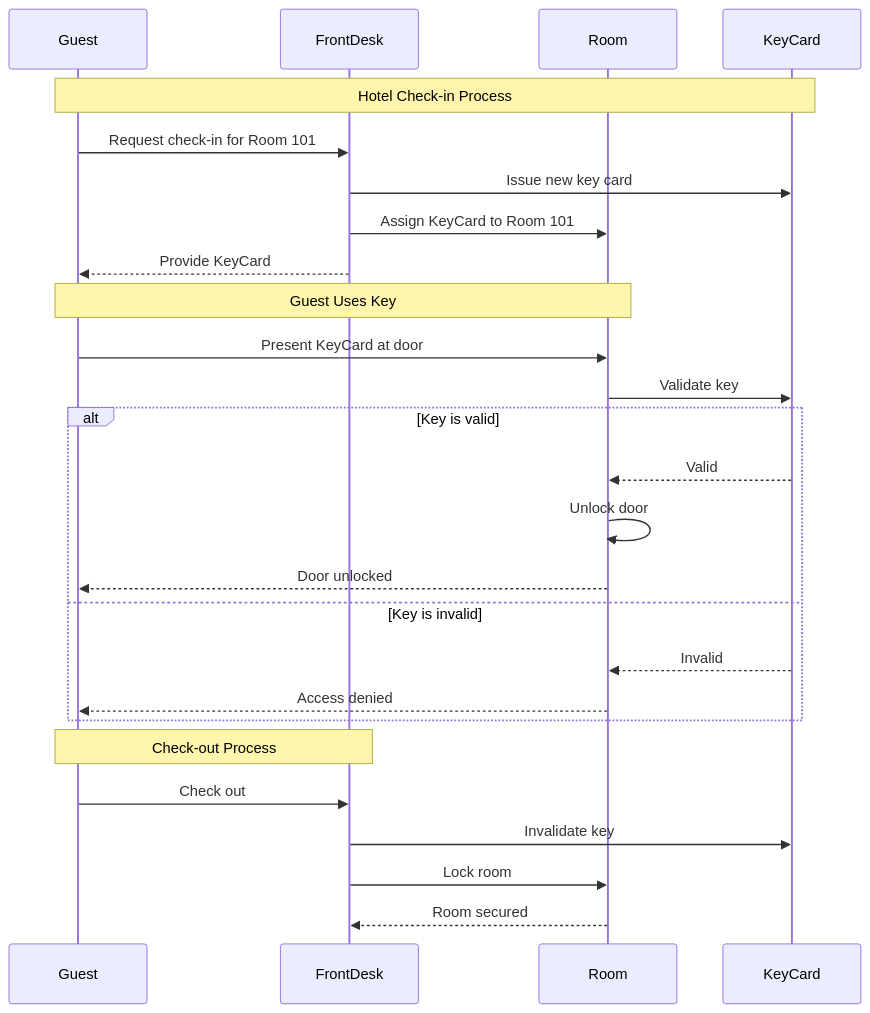
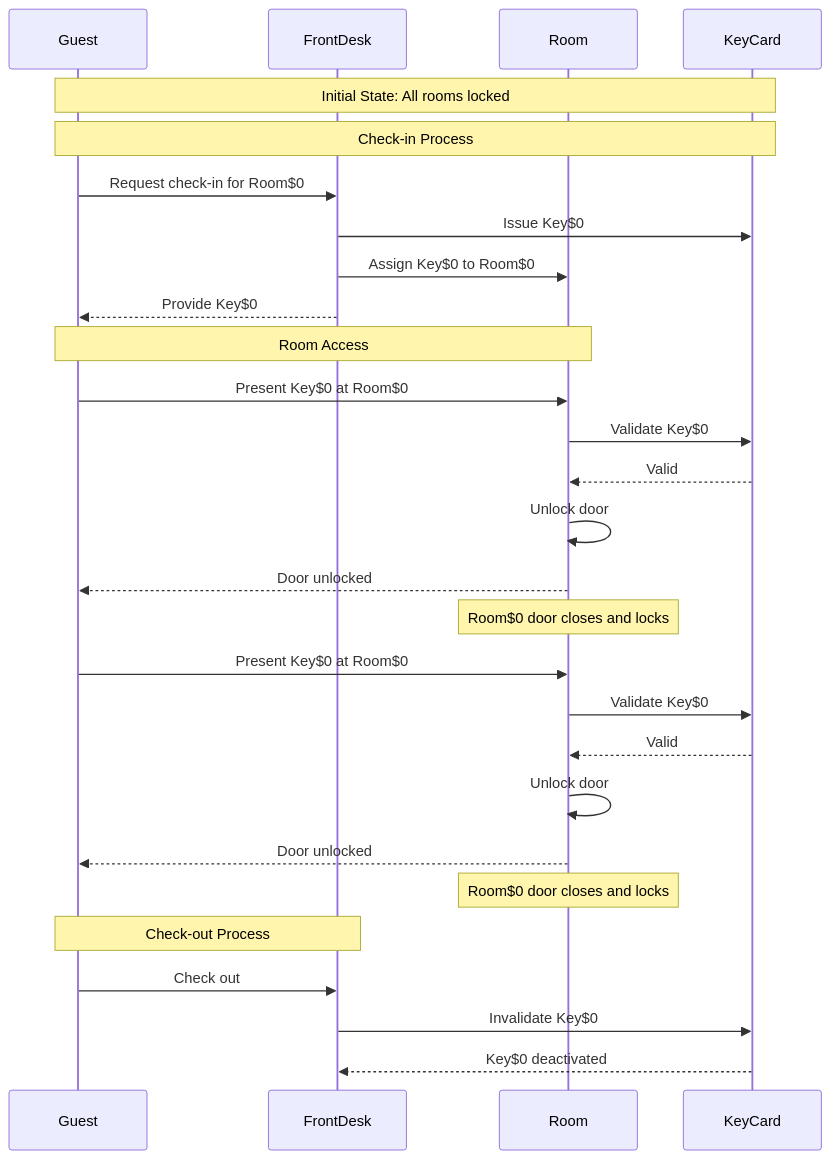
Before and after one commit to awwaiid/alloy-lang-js: the first of 2 diagrams in examples/03-hotel-keys/output.md, drawn with Mermaid. The commit also changed other lines of this file and 2 other files, not shown here.

First paragraph of the commit message:
Implement dynamic sequence diagram generation from trace
This commit enhances the hotel key card example with intelligent action
inference and dynamic visualization generation:

````diff
--- a/examples/03-hotel-keys/output.md
+++ b/examples/03-hotel-keys/output.md
@@ -16,34 +18,34 @@
 ```mermaid
 sequenceDiagram
-    participant Guest
-    participant FrontDesk
-    participant Room
-    participant KeyCard
+    participant G as Guest
+    participant F as FrontDesk
+    participant R as Room
+    participant K as KeyCard
 
-    Note over Guest,KeyCard: Hotel Check-in Process
+    Note over G,K: Initial State: All rooms locked
 
-    Guest->>FrontDesk: Request check-in for Room 101
-    FrontDesk->>KeyCard: Issue new key card
-    FrontDesk->>Room: Assign KeyCard to Room 101
-    FrontDesk-->>Guest: Provide KeyCard
+    Note over G,K: Check-in Process
+    G->>F: Request check-in for Room$0
+    F->>K: Issue Key$0
+    F->>R: Assign Key$0 to Room$0
+    F-->>G: Provide Key$0
 
-    Note over Guest,Room: Guest Uses Key
+    Note over G,R: Room Access
+    G->>R: Present Key$0 at Room$0
+    R->>K: Validate Key$0
+    K-->>R: Valid
+    R->>R: Unlock door
+    R-->>G: Door unlocked
+    Note over R: Room$0 door closes and locks
+    G->>R: Present Key$0 at Room$0
+    R->>K: Validate Key$0
+    K-->>R: Valid
+    R->>R: Unlock door
+    R-->>G: Door unlocked
+    Note over R: Room$0 door closes and locks
 
-    Guest->>Room: Present KeyCard at door
-    Room->>KeyCard: Validate key
-    alt Key is valid
-        KeyCard-->>Room: Valid
-        Room->>Room: Unlock door
-        Room-->>Guest: Door unlocked
-    else Key is invalid
-        KeyCard-->>Room: Invalid
-        Room-->>Guest: Access denied
-    end
-
-    Note over Guest,FrontDesk: Check-out Process
-
-    Guest->>FrontDesk: Check out
-    FrontDesk->>KeyCard: Invalidate key
-    FrontDesk->>Room: Lock room
-    Room-->>FrontDesk: Room secured
+    Note over G,F: Check-out Process
+    G->>F: Check out
+    F->>K: Invalidate Key$0
+    K-->>F: Key$0 deactivated
 ```
````
